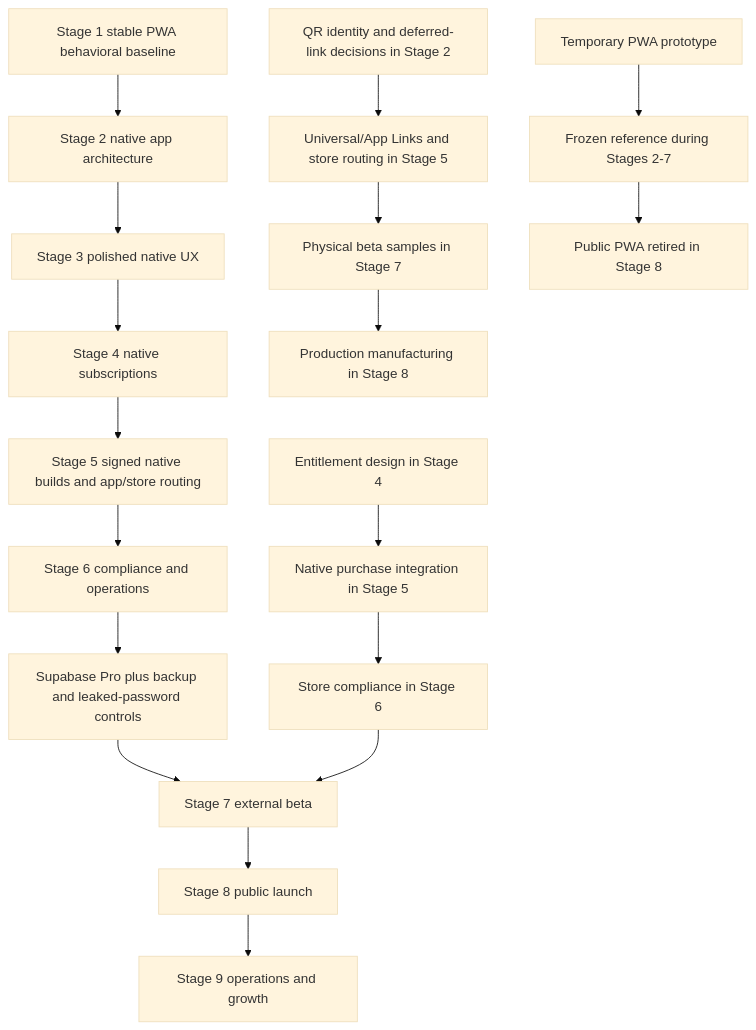
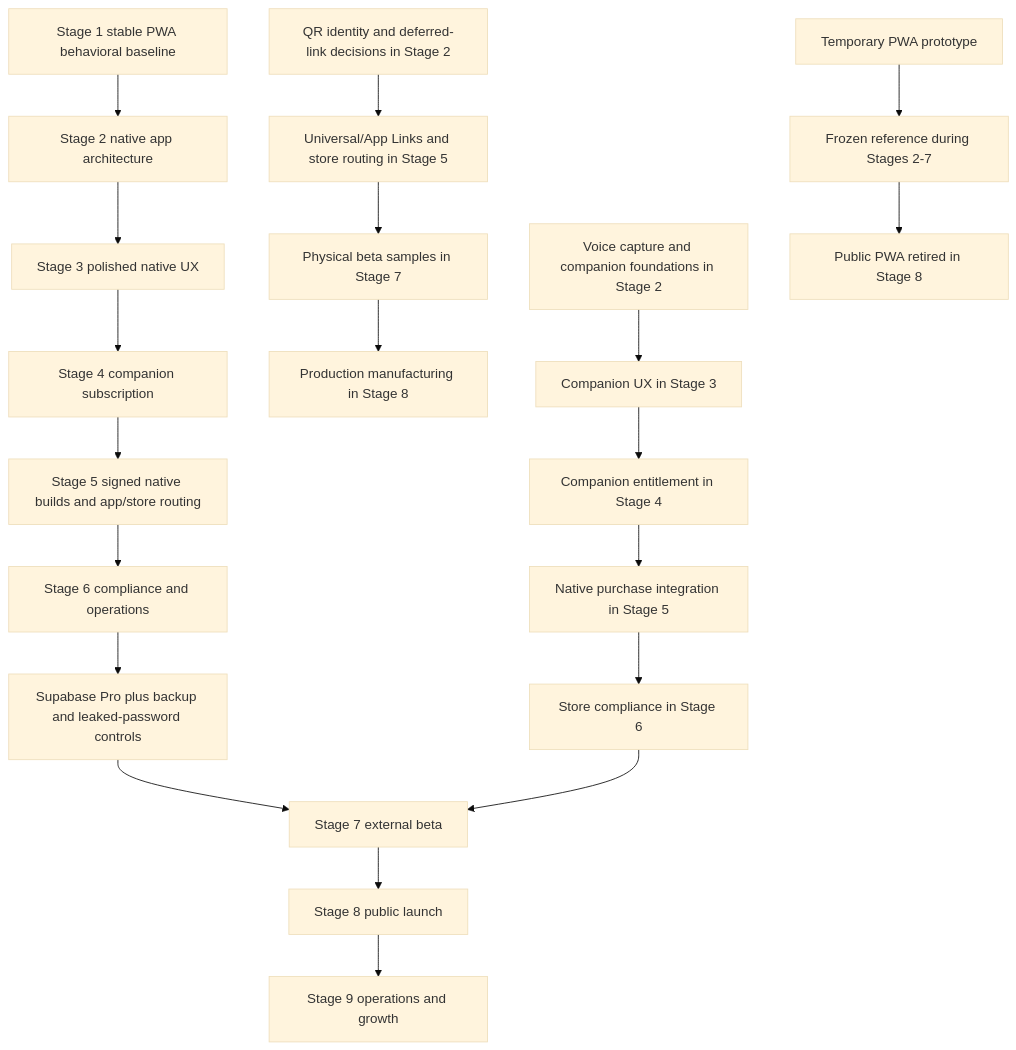
The third of 3 diagrams in docs/PRODUCT_ROADMAP.md (aizquier97-hub/Project-Bookmarkt), drawn with Mermaid (base theme) before and after one commit. The commit also changed other lines of this file and 8 other files, not shown here.

First line of the commit message:
Pivot product to reader-authored capture with AI Reading Companion (D-012)

````diff
--- a/docs/PRODUCT_ROADMAP.md
+++ b/docs/PRODUCT_ROADMAP.md
@@ -980,23 +1062,25 @@
 ```mermaid
 flowchart TD
     S1[Stage 1 stable PWA behavioral baseline] --> S2[Stage 2 native app architecture]
     S2 --> S3[Stage 3 polished native UX]
-    S3 --> S4[Stage 4 native subscriptions]
+    S3 --> S4[Stage 4 companion subscription]
     S4 --> S5[Stage 5 signed native builds and app/store routing]
     S5 --> S6[Stage 6 compliance and operations]
     S6 --> P[Supabase Pro plus backup and leaked-password controls]
     P --> S7[Stage 7 external beta]
     S7 --> S8[Stage 8 public launch]
     S8 --> S9[Stage 9 operations and growth]
 
     Q[QR identity and deferred-link decisions in Stage 2] --> U[Universal/App Links and store routing in Stage 5]
     U --> B[Physical beta samples in Stage 7]
     B --> M[Production manufacturing in Stage 8]
 
-    E[Entitlement design in Stage 4] --> N[Native purchase integration in Stage 5]
+    V[Voice capture and companion foundations in Stage 2] --> D[Companion UX in Stage 3]
+    D --> E[Companion entitlement in Stage 4]
+    E --> N[Native purchase integration in Stage 5]
     N --> C[Store compliance in Stage 6]
     C --> S7
 
     W[Temporary PWA prototype] --> X[Frozen reference during Stages 2-7]
     X --> Y[Public PWA retired in Stage 8]
 ```
````
